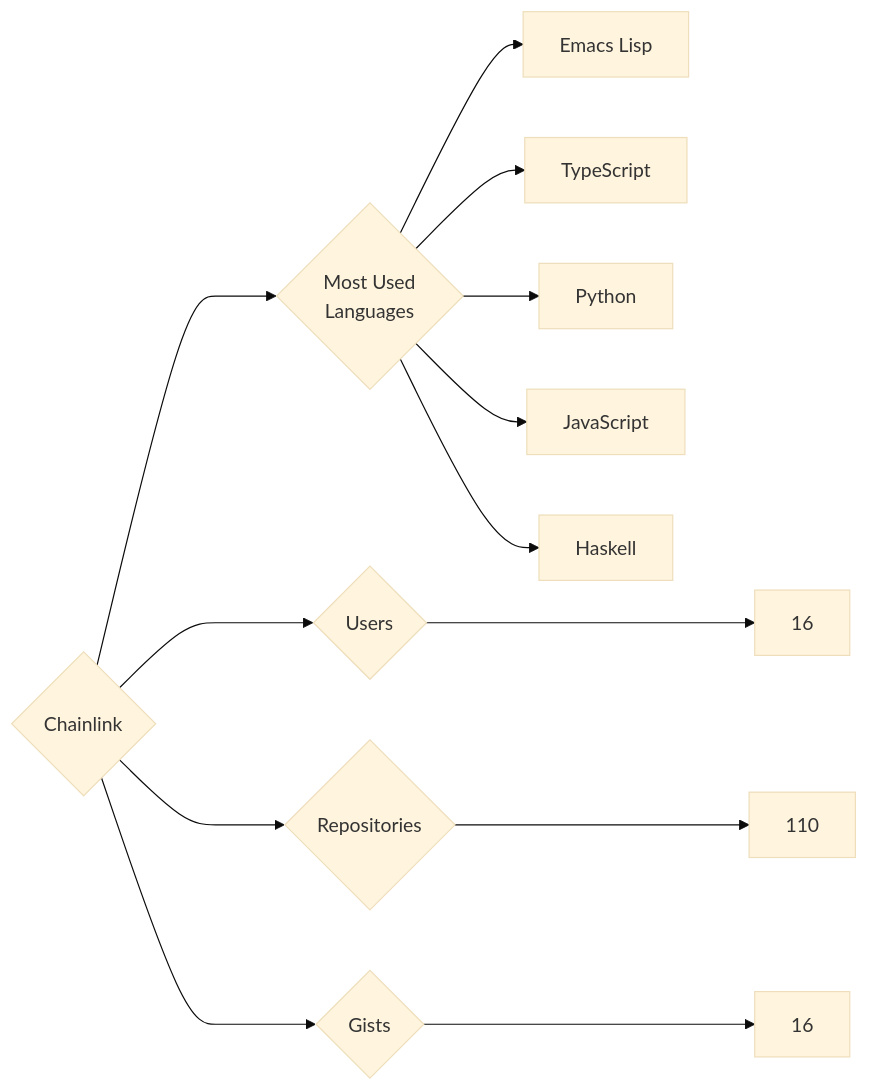
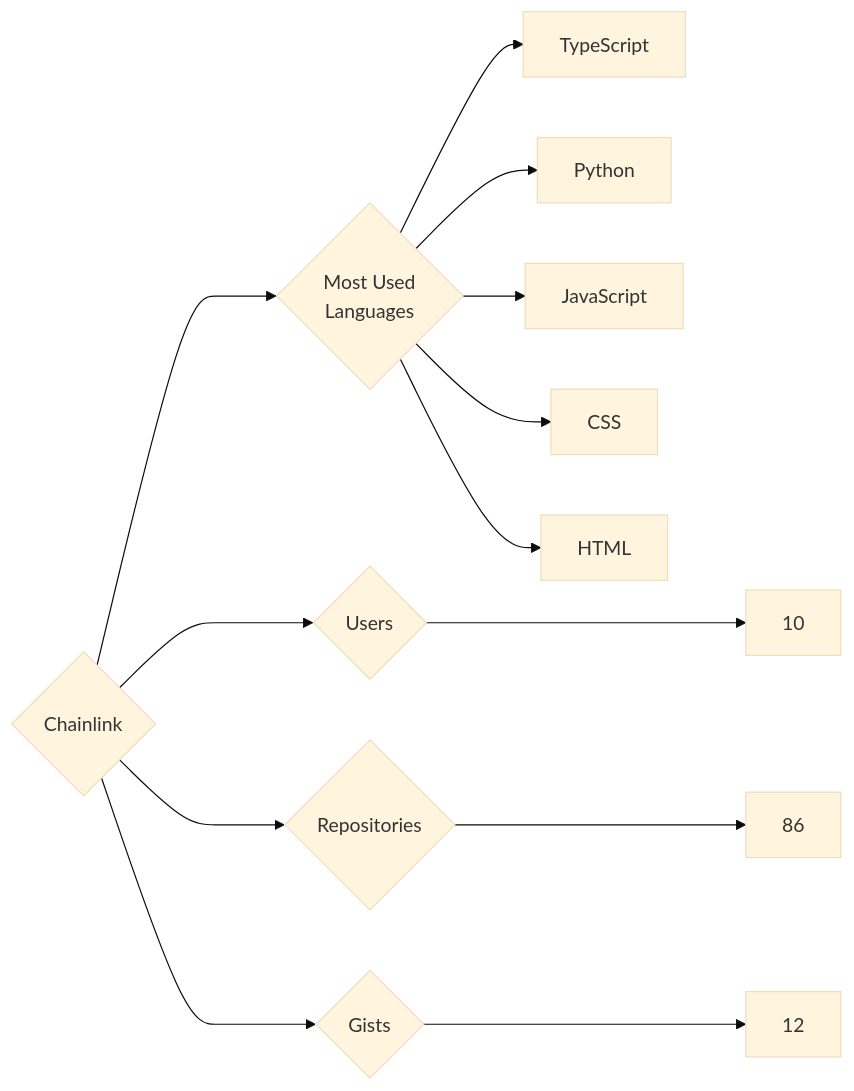
The diagram in targets/Chainlink/README.md (trickest/insiders), drawn with Mermaid (base theme) before and after one commit. The commit also changed 783 other files, not shown here.

````diff
--- a/targets/Chainlink/README.md
+++ b/targets/Chainlink/README.md
@@ -3,13 +3,13 @@
 ```mermaid
 graph LR
 COMPANY_NAME{Chainlink}
-COMPANY_NAME ---> U{Users} ---> UN[16]
-COMPANY_NAME ---> R{Repositories} ---> RN[110]
-COMPANY_NAME ---> G{Gists} ---> GN[16]
+COMPANY_NAME ---> U{Users} ---> UN[10]
+COMPANY_NAME ---> R{Repositories} ---> RN[86]
+COMPANY_NAME ---> G{Gists} ---> GN[12]
 COMPANY_NAME ---> ML{Most Used<br>Languages}
-ML --> Emacs_Lisp[Emacs Lisp]
 ML --> TypeScript[TypeScript]
 ML --> Python[Python]
 ML --> JavaScript[JavaScript]
-ML --> Haskell[Haskell]
+ML --> CSS[CSS]
+ML --> HTML[HTML]
 ```
````
